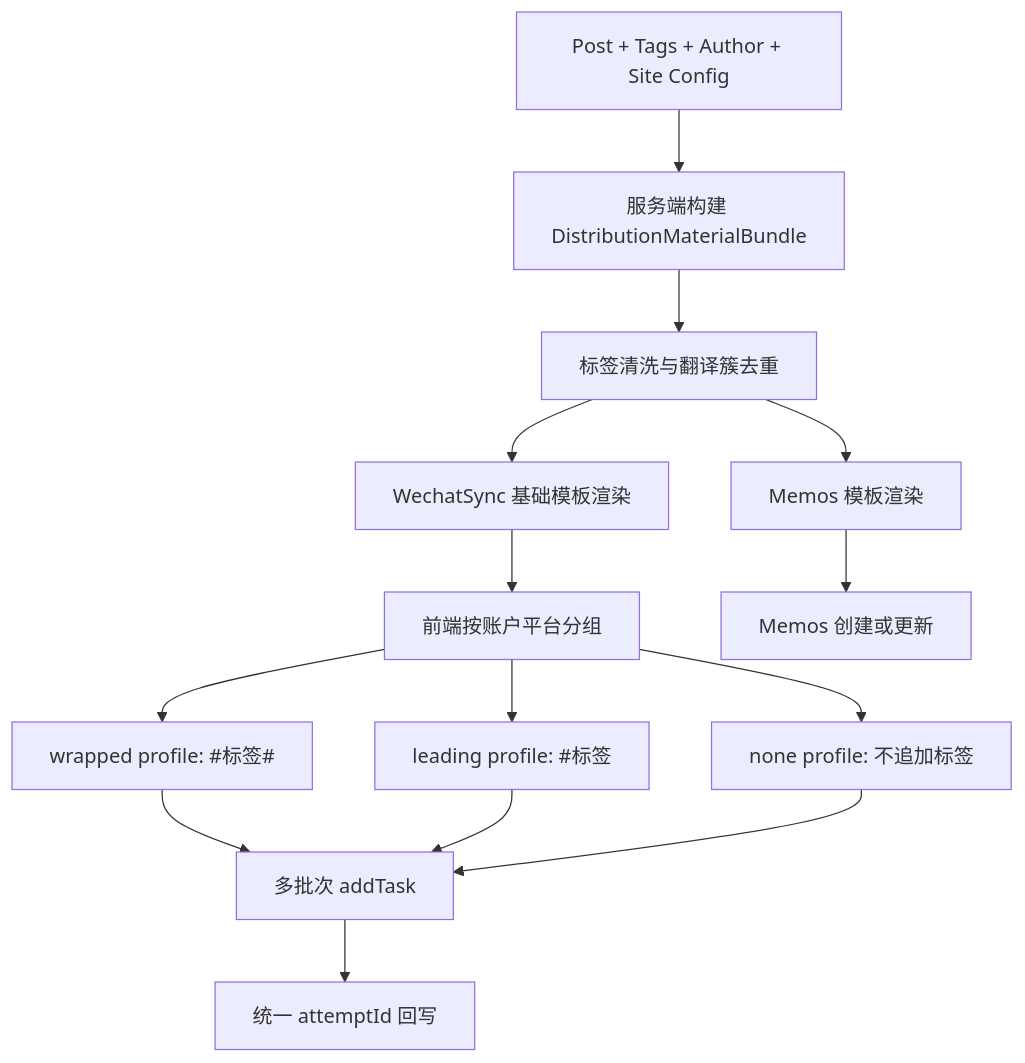
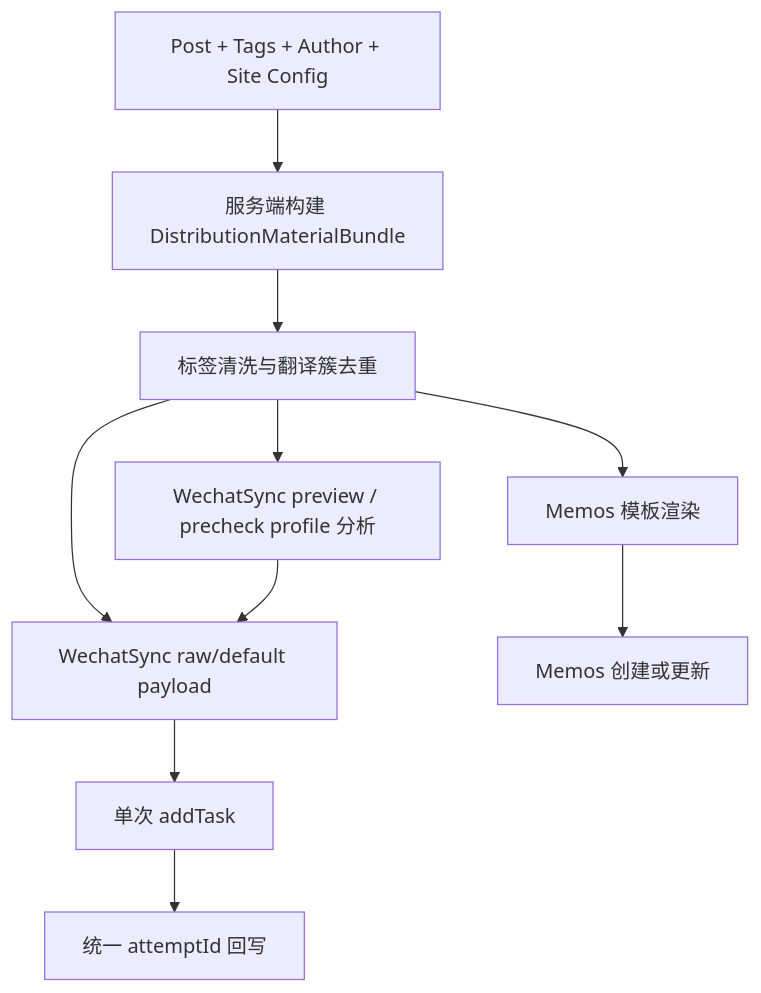
Before and after one commit to CaoMeiYouRen/momei: the diagram in docs/design/modules/content-distribution-template-tag-adaptation.md, drawn with Mermaid. The commit also changed other lines of this file and 18 other files, not shown here.

````diff
--- a/docs/design/modules/content-distribution-template-tag-adaptation.md
+++ b/docs/design/modules/content-distribution-template-tag-adaptation.md
@@ -50,16 +50,12 @@
 ```mermaid
 flowchart TD
     A[Post + Tags + Author + Site Config] --> B[服务端构建 DistributionMaterialBundle]
     B --> C[标签清洗与翻译簇去重]
     C --> D[Memos 模板渲染]
-    C --> E[WechatSync 基础模板渲染]
-    E --> F[前端按账户平台分组]
-    F --> G1[wrapped profile: #标签#]
-    F --> G2[leading profile: #标签]
-    F --> G3[none profile: 不追加标签]
-    G1 --> H[多批次 addTask]
-    G2 --> H
-    G3 --> H
+    C --> E[WechatSync preview / precheck profile 分析]
+    C --> F[WechatSync raw/default payload]
+    E --> F
+    F --> H[单次 addTask]
     D --> I[Memos 创建或更新]
     H --> J[统一 attemptId 回写]
 ```
````
